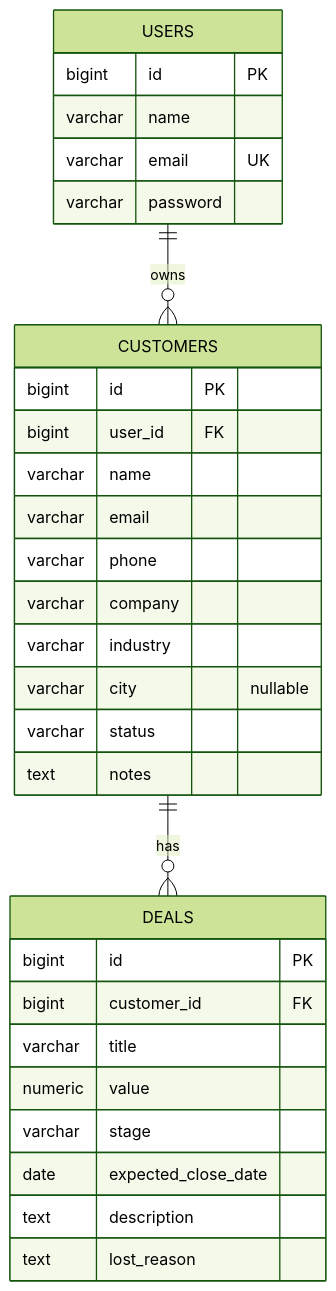
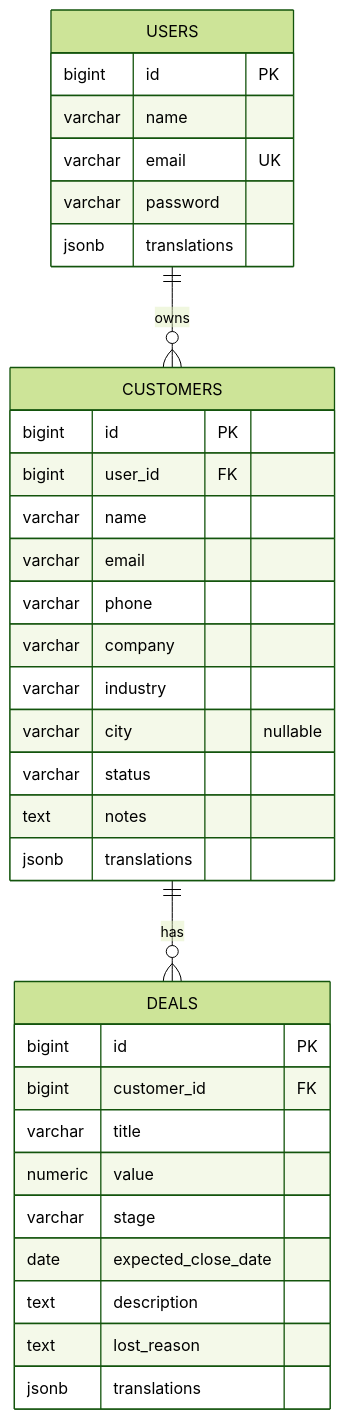
Before and after one commit to tamourax/CRMbackend: the second of 2 diagrams in docs/ARCHITECTURE.md, drawn with Mermaid (forest theme). The commit also changed other lines of this file and 22 other files, not shown here.

````diff
--- a/docs/ARCHITECTURE.md
+++ b/docs/ARCHITECTURE.md
@@ -25,33 +25,36 @@
 ```mermaid
 erDiagram
     USERS ||--o{ CUSTOMERS : owns
     CUSTOMERS ||--o{ DEALS : has
     USERS {
         bigint id PK
         varchar name
         varchar email UK
         varchar password
+        jsonb translations
     }
     CUSTOMERS {
         bigint id PK
         bigint user_id FK
         varchar name
         varchar email
         varchar phone
         varchar company
         varchar industry
         varchar city "nullable"
         varchar status
         text notes
+        jsonb translations
     }
     DEALS {
         bigint id PK
         bigint customer_id FK
         varchar title
         numeric value
         varchar stage
         date expected_close_date
         text description
         text lost_reason
+        jsonb translations
     }
 ```
````
